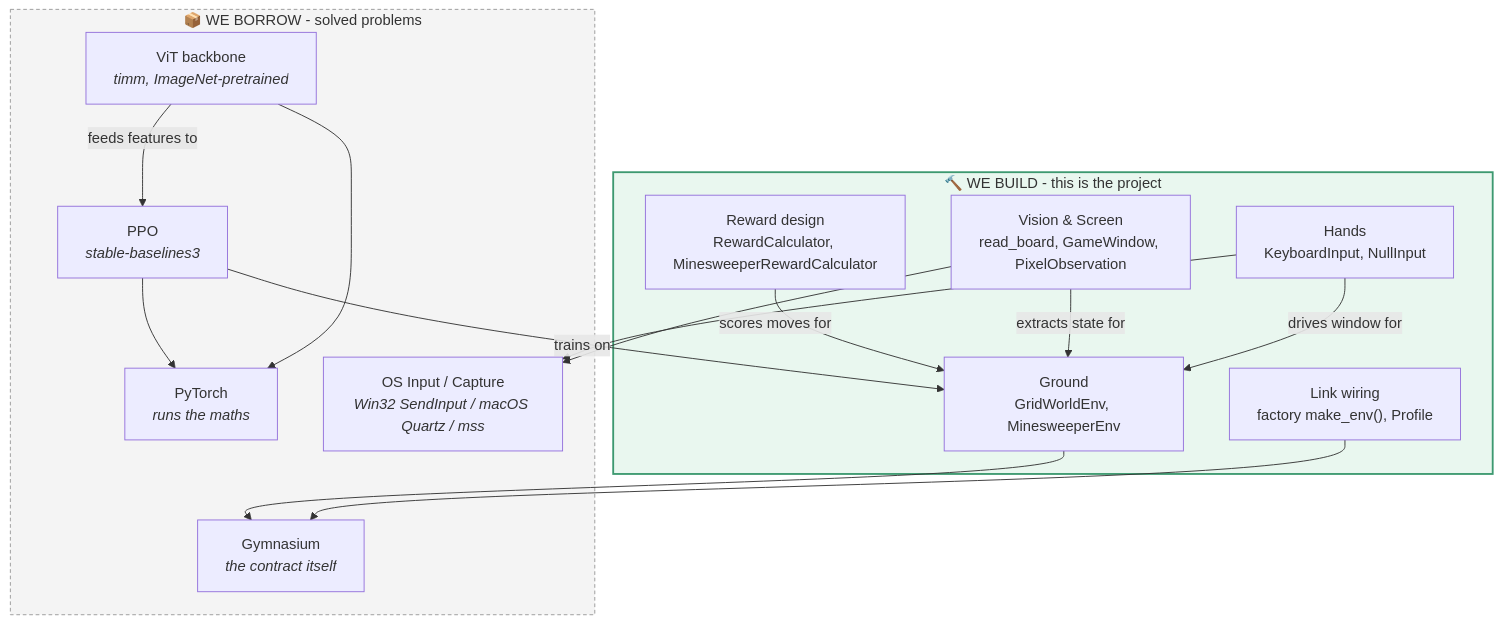
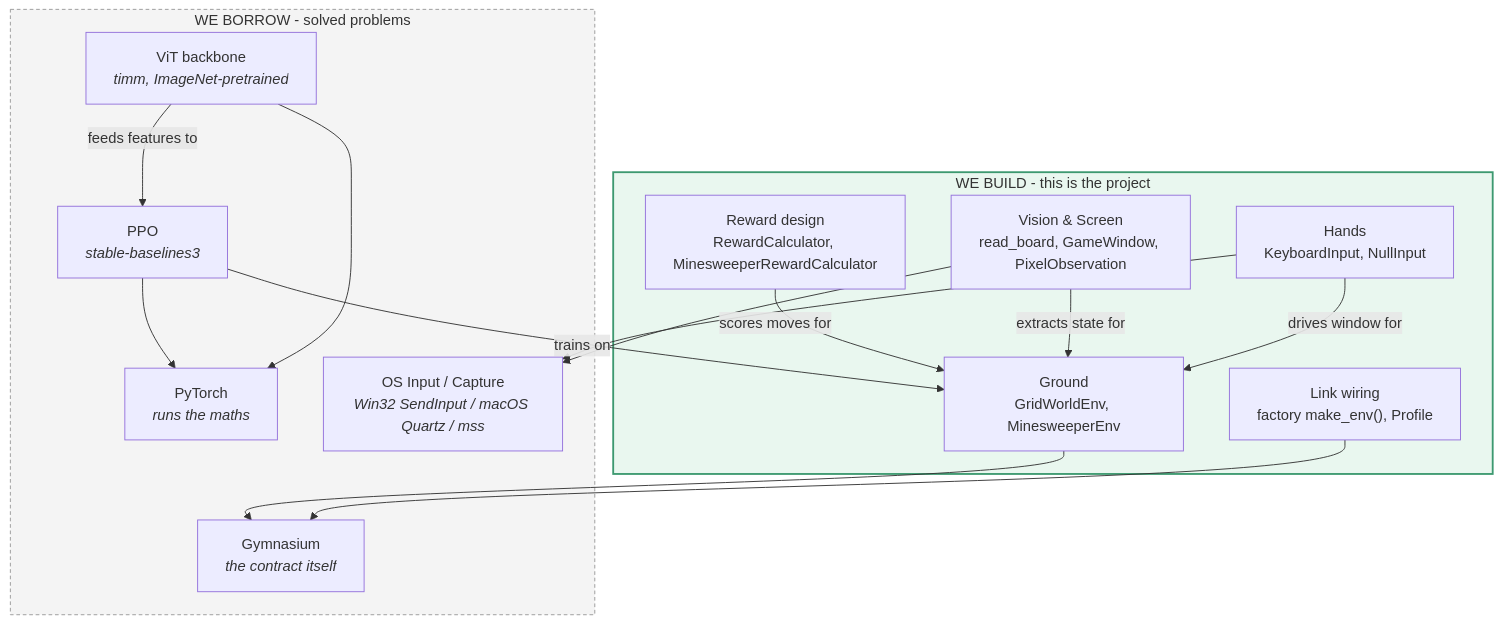
The third of 14 diagrams in docs/UML_FULL.md (Showerss/GameTrainer), drawn with Mermaid before and after one commit. The commit also changed other lines of this file and 36 other files, not shown here.

First line of the commit message:
R1 docs rewrite, UML truth pass, MIT license

````diff
--- a/docs/UML_FULL.md
+++ b/docs/UML_FULL.md
@@ -113,33 +113,33 @@
 ```mermaid
 flowchart TB
-    subgraph WEBUILD["🔨 WE BUILD - this is the project"]
+    subgraph WEBUILD["WE BUILD - this is the project"]
         G["Ground<br/>GridWorldEnv, MinesweeperEnv"]
         L["Link wiring<br/>factory make_env(), Profile"]
         R["Reward design<br/>RewardCalculator, MinesweeperRewardCalculator"]
         V["Vision & Screen<br/>read_board, GameWindow, PixelObservation"]
         H["Hands<br/>KeyboardInput, NullInput"]
     end
 
-    subgraph WEBORROW["📦 WE BORROW - solved problems"]
+    subgraph WEBORROW["WE BORROW - solved problems"]
         P["PPO<br/><i>stable-baselines3</i>"]
         VT["ViT backbone<br/><i>timm, ImageNet-pretrained</i>"]
         GY["Gymnasium<br/><i>the contract itself</i>"]
         T["PyTorch<br/><i>runs the maths</i>"]
         OS["OS Input / Capture<br/><i>Win32 SendInput / macOS Quartz / mss</i>"]
     end
 
     G --> GY
     L --> GY
     P --> T
     VT --> T
     P -- "trains on" --> G
     VT -- "feeds features to" --> P
     R -- "scores moves for" --> G
     V -- "extracts state for" --> G
     H -- "drives window for" --> G
     H --> OS
     V --> OS
 
     style WEBUILD fill:#e9f7ef,stroke:#3d9970,stroke-width:2px
     style WEBORROW fill:#f4f4f4,stroke:#999999,stroke-dasharray:4 3
 ```
````
